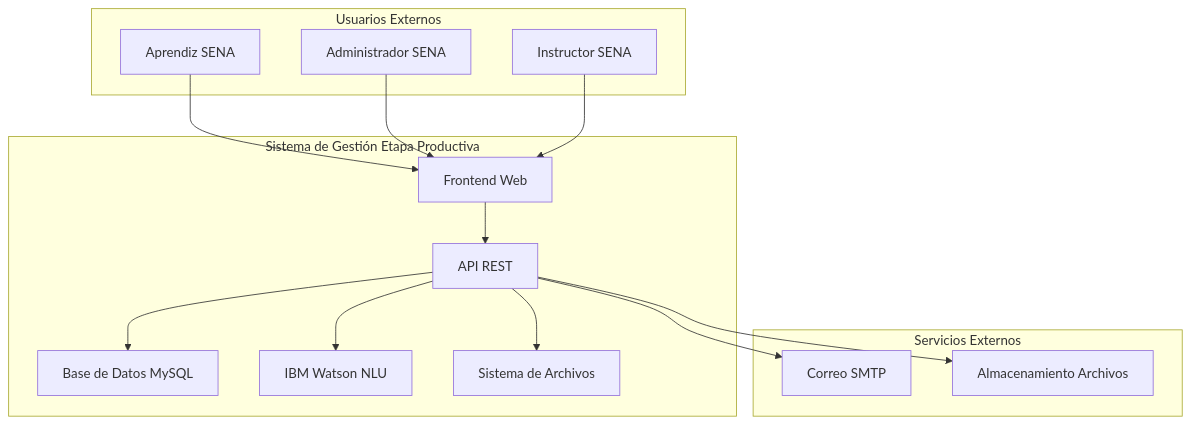
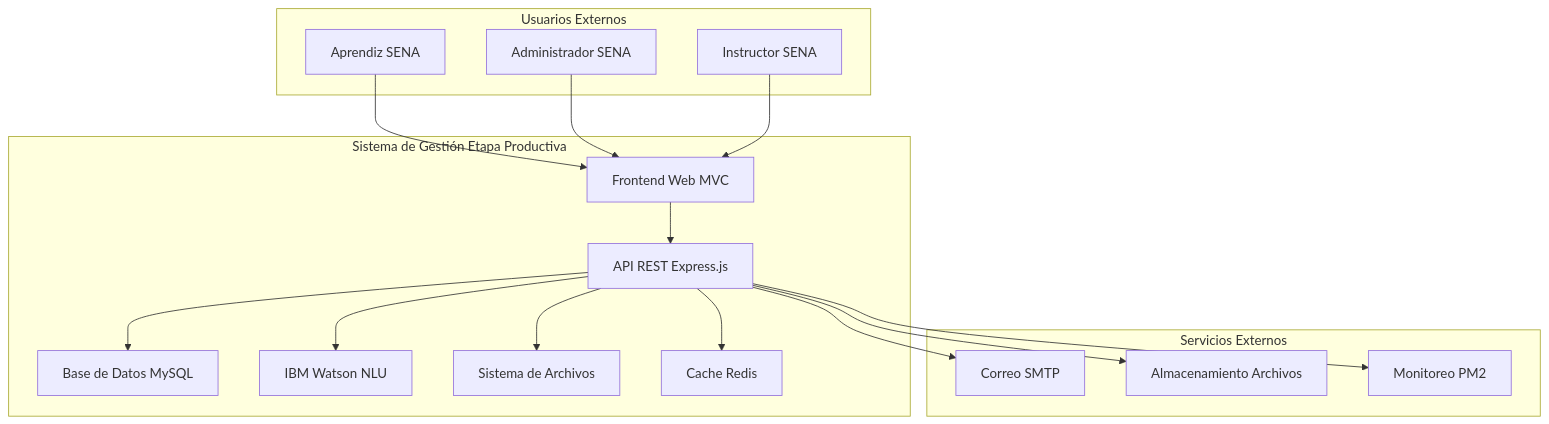
Before and after one commit to JuanCamiloParejaSanchez/gestion_etapa_productiva: the first of 3 diagrams in docs/DOCUMENTACION_TECNICA_COMPLETA.md, drawn with Mermaid. The commit also changed other lines of this file and 5 other files, not shown here.

````diff
--- a/docs/DOCUMENTACION_TECNICA_COMPLETA.md
+++ b/docs/DOCUMENTACION_TECNICA_COMPLETA.md
@@ -16,31 +58,35 @@
 ```mermaid
 graph TB
     subgraph "Usuarios Externos"
         A[Aprendiz SENA]
         B[Administrador SENA]
         C[Instructor SENA]
     end
 
     subgraph "Sistema de Gestión Etapa Productiva"
-        D[Frontend Web]
-        E[API REST]
+        D[Frontend Web MVC]
+        E[API REST Express.js]
         F[Base de Datos MySQL]
         G[IBM Watson NLU]
         H[Sistema de Archivos]
+        I[Cache Redis]
     end
 
     subgraph "Servicios Externos"
-        I[Correo SMTP]
-        J[Almacenamiento Archivos]
+        J[Correo SMTP]
+        K[Almacenamiento Archivos]
+        L[Monitoreo PM2]
     end
 
     A --> D
     B --> D
     C --> D
     D --> E
     E --> F
     E --> G
     E --> H
     E --> I
     E --> J
+    E --> K
+    E --> L
 ```
````
